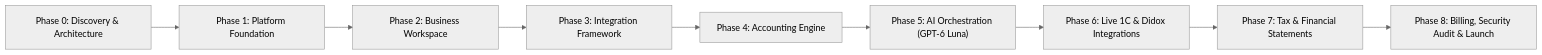
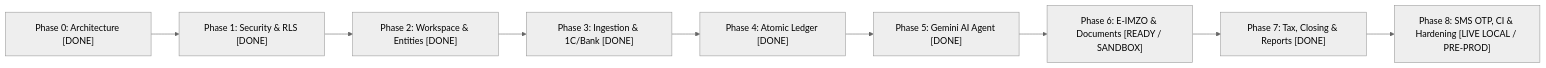
One commit to asror-vip/FIRMUS changed the diagram in docs/product/ROADMAP.md. Above: the diagram before and after it, drawn with Mermaid (neutral theme). The commit also changed other lines of this file and 17 other files, not shown here.

Commit message:
feat(ai): strict 21-BHMS Gemini AI Agent with Human-in-the-Loop execution, audit logs & updated Next.js roadmap

````diff
--- a/docs/product/ROADMAP.md
+++ b/docs/product/ROADMAP.md
@@ -5,11 +5,11 @@
 ```mermaid
 flowchart LR
-    P0["Phase 0: Discovery & Architecture"] --> P1["Phase 1: Platform Foundation"]
-    P1 --> P2["Phase 2: Business Workspace"]
-    P2 --> P3["Phase 3: Integration Framework"]
-    P3 --> P4["Phase 4: Accounting Engine"]
-    P4 --> P5["Phase 5: AI Orchestration (GPT-6 Luna)"]
-    P5 --> P6["Phase 6: Live 1C & Didox Integrations"]
-    P6 --> P7["Phase 7: Tax & Financial Statements"]
-    P7 --> P8["Phase 8: Billing, Security Audit & Launch"]
+    P0["Phase 0: Architecture [DONE]"] --> P1["Phase 1: Security & RLS [DONE]"]
+    P1 --> P2["Phase 2: Workspace & Entities [DONE]"]
+    P2 --> P3["Phase 3: Ingestion & 1C/Bank [DONE]"]
+    P3 --> P4["Phase 4: Atomic Ledger [DONE]"]
+    P4 --> P5["Phase 5: Gemini AI Agent [DONE]"]
+    P5 --> P6["Phase 6: E-IMZO & Documents [READY / SANDBOX]"]
+    P6 --> P7["Phase 7: Tax, Closing & Reports [DONE]"]
+    P7 --> P8["Phase 8: SMS OTP, CI & Hardening [LIVE LOCAL / PRE-PROD]"]
 ```
````
